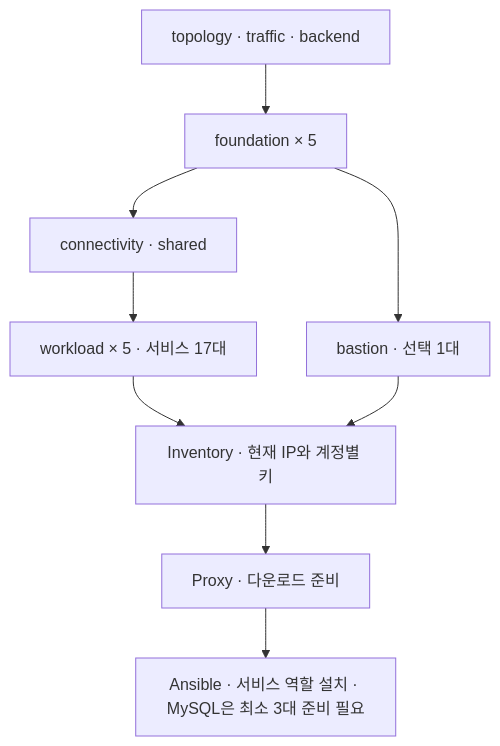
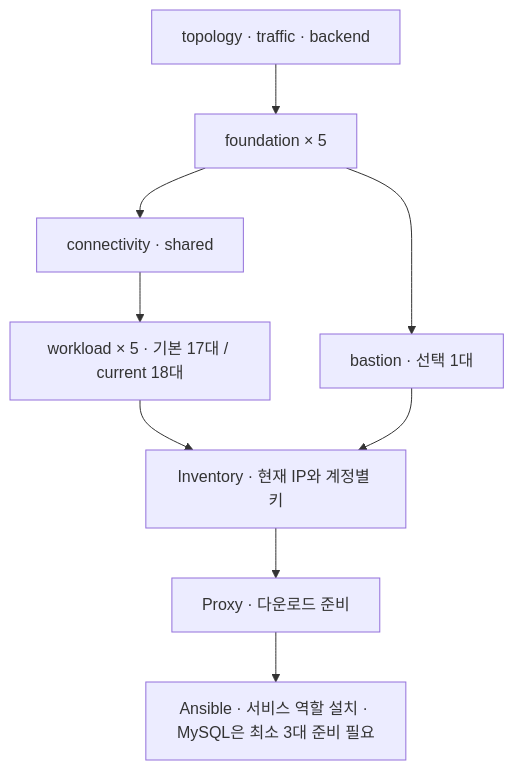
One commit to encore-ai-campus/mlo-01-p3-team2 changed the diagram in aws-infra/README.md. Above: the diagram before and after it, drawn with Mermaid. The commit also changed other lines of this file and 61 other files, not shown here.

````diff
--- a/aws-infra/README.md
+++ b/aws-infra/README.md
@@ -60,11 +61,11 @@
 ```mermaid
 flowchart TB
     CONFIG["topology · traffic · backend"] --> F["foundation × 5"]
     F --> C["connectivity · shared"]
-    C --> W["workload × 5 · 서비스 17대"]
+    C --> W["workload × 5 · 기본 17대 / current 18대"]
     F --> B["bastion · 선택 1대"]
     W --> I["Inventory · 현재 IP와 계정별 키"]
     B --> I
     I --> P["Proxy · 다운로드 준비"]
     P --> A["Ansible · 서비스 역할 설치 · MySQL은 최소 3대 준비 필요"]
 ```
````
